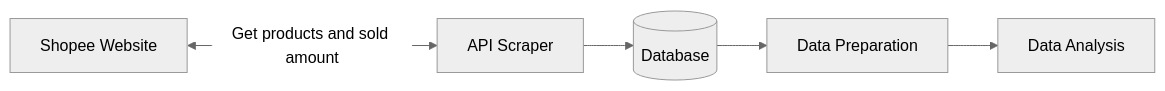
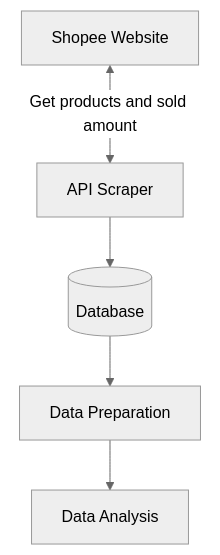
One commit to drshahizan/special-topic-data-engineering changed the first of 2 diagrams in project/proposal/Regex/Proposal_Regex.md. Above: the diagram before and after it, drawn with Mermaid (neutral theme).

````diff
--- a/project/proposal/Regex/Proposal_Regex.md
+++ b/project/proposal/Regex/Proposal_Regex.md
@@ -137,8 +137,8 @@
 ```mermaid
 
-flowchart LR;
+flowchart TD;
     id1[Shopee Website] <--Get products and sold amount--> id2[API Scraper]
     id2[API Scraper] --> id3[(Database)]
     id3[(Database)] --> id4[Data Preparation]
     id4[Data Preparation] --> id5[Data Analysis]
 ```
````
